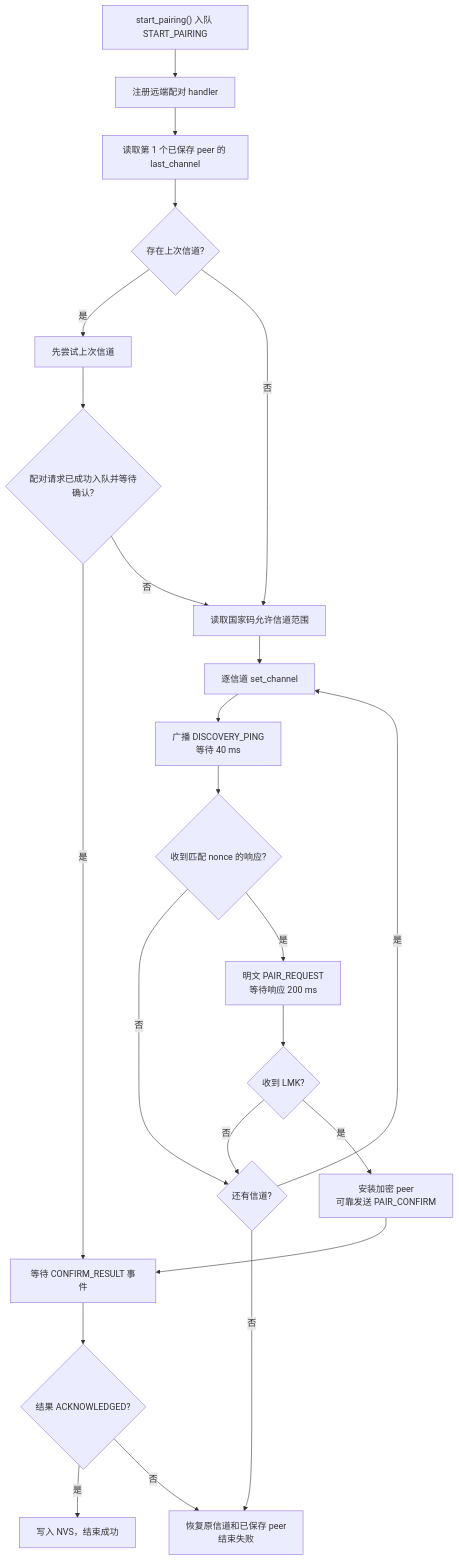
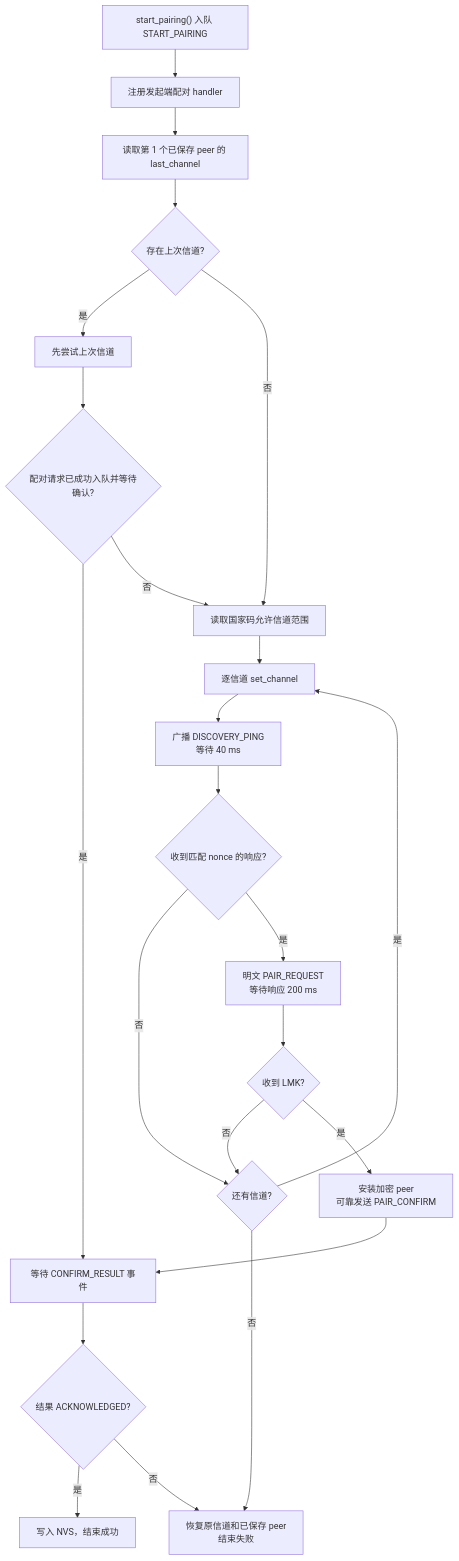
Before and after one commit to qingmeijiupiao/Wireless_power_meter_lite: the seventh of 9 diagrams in components/middleware/espnow_link/README.md, drawn with Mermaid. The commit also changed other lines of this file and 16 other files, not shown here.

````diff
--- a/components/middleware/espnow_link/README.md
+++ b/components/middleware/espnow_link/README.md
@@ -287,25 +286,25 @@
 ```mermaid
 flowchart TD
-    A["start_pairing() 入队 START_PAIRING"] --> B["注册远端配对 handler"]
+    A["start_pairing() 入队 START_PAIRING"] --> B["注册发起端配对 handler"]
     B --> C["读取第 1 个已保存 peer 的 last_channel"]
     C --> D{"存在上次信道?"}
     D -- 是 --> E["先尝试上次信道"]
     D -- 否 --> F["读取国家码允许信道范围"]
     E --> G{"配对请求已成功入队并等待确认?"}
     G -- 是 --> H["等待 CONFIRM_RESULT 事件"]
     G -- 否 --> F
     F --> I["逐信道 set_channel"]
     I --> J["广播 DISCOVERY_PING<br/>等待 40 ms"]
     J --> K{"收到匹配 nonce 的响应?"}
     K -- 否 --> L{"还有信道?"}
     L -- 是 --> I
     L -- 否 --> M["恢复原信道和已保存 peer<br/>结束失败"]
     K -- 是 --> N["明文 PAIR_REQUEST<br/>等待响应 200 ms"]
     N --> O{"收到 LMK?"}
     O -- 否 --> L
     O -- 是 --> P["安装加密 peer<br/>可靠发送 PAIR_CONFIRM"]
     P --> H
     H --> Q{"结果 ACKNOWLEDGED?"}
     Q -- 是 --> R["写入 NVS，结束成功"]
     Q -- 否 --> M
 ```
````
